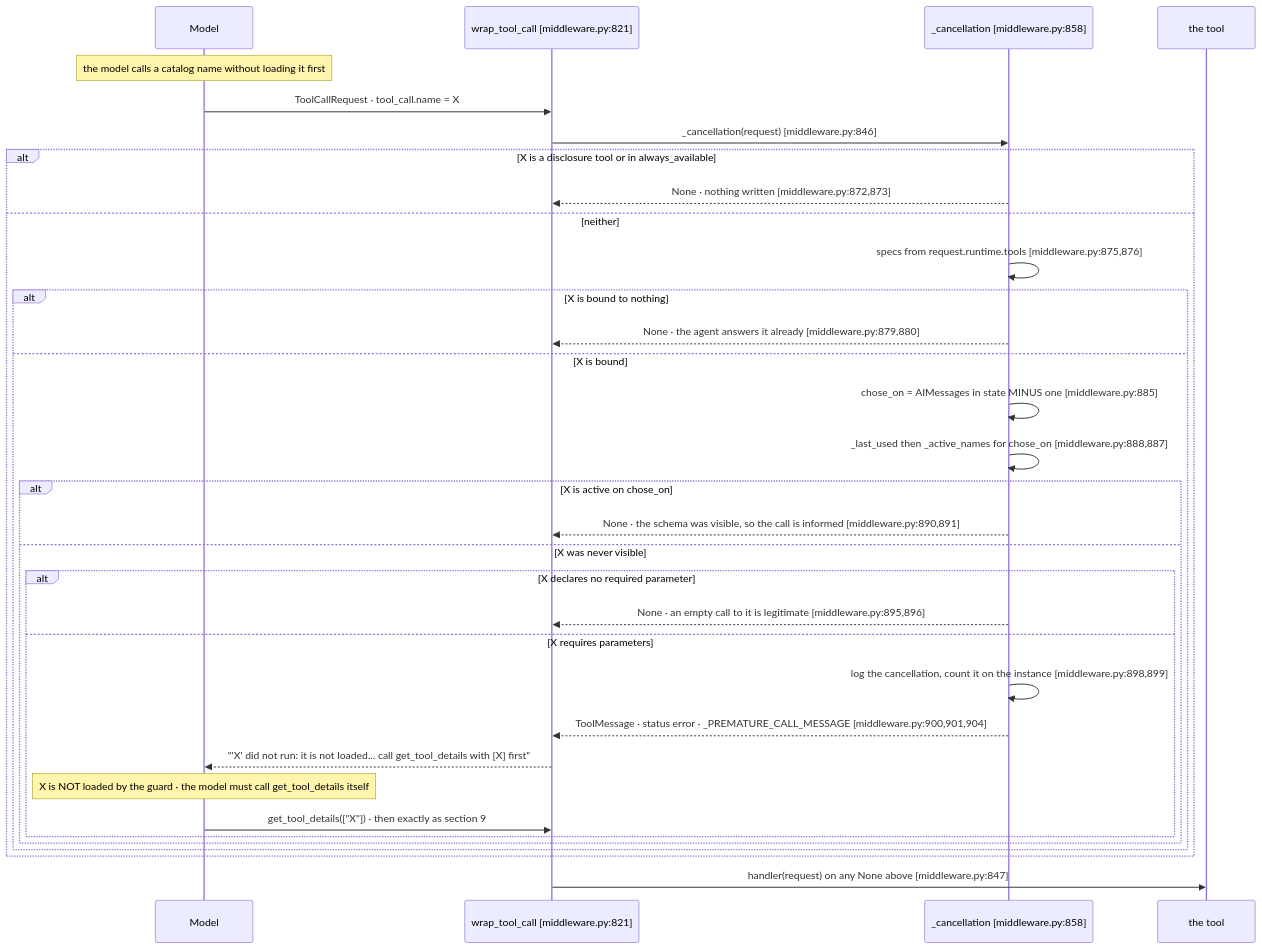
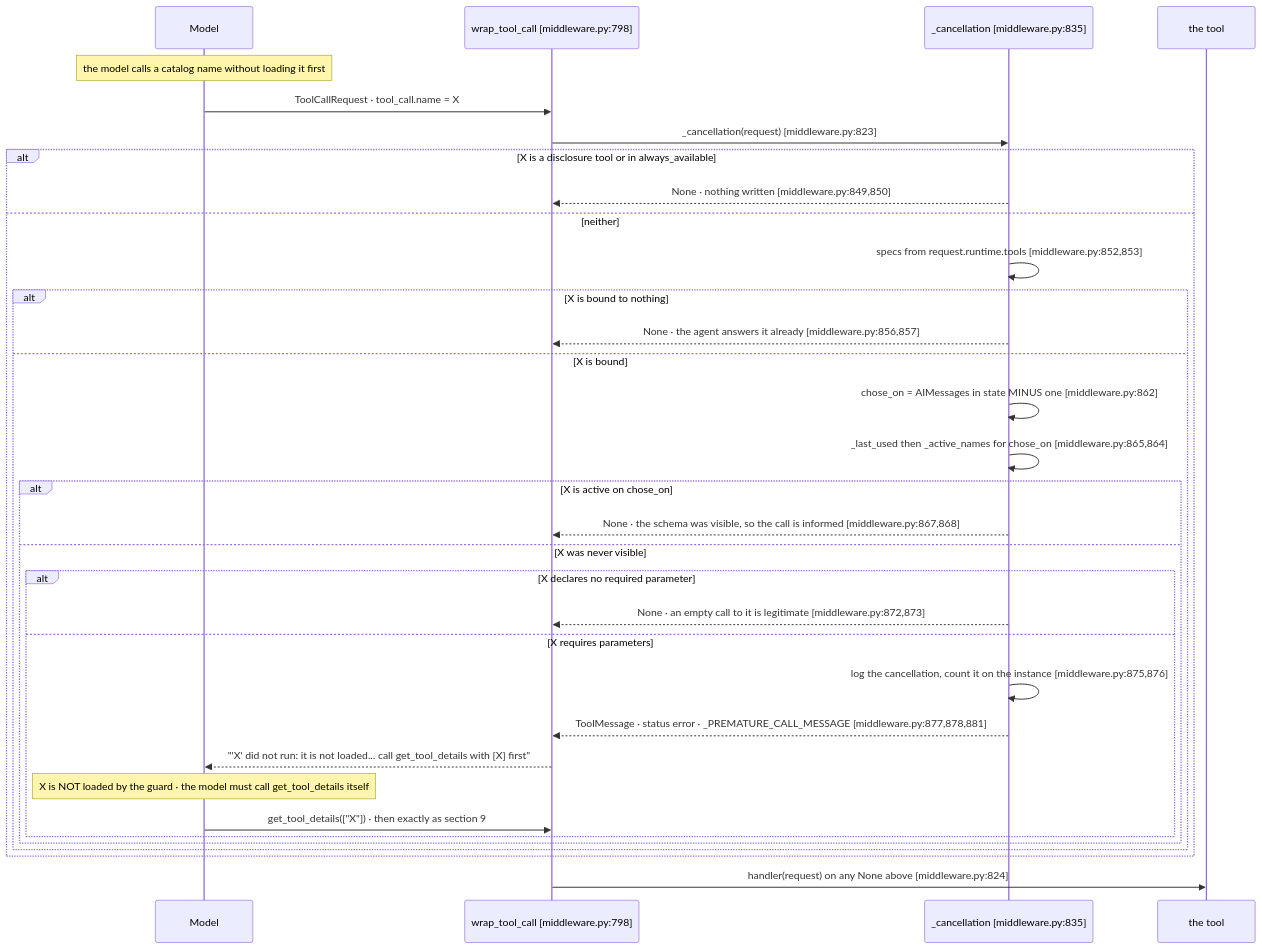
The sixth of 7 diagrams in docs/design/sequence/langgraph/sequence-b-disclosure.md (aws-samples/sample-context-engineering), drawn with Mermaid before and after one commit. The commit also changed other lines of this file and 3 other files, not shown here.

First line of the commit message:
docs(langgraph): re-point the sequence-doc refs this branch moved

````diff
--- a/docs/design/sequence/langgraph/sequence-b-disclosure.md
+++ b/docs/design/sequence/langgraph/sequence-b-disclosure.md
@@ -765,36 +765,36 @@
 ```mermaid
 sequenceDiagram
     participant Model
-    participant WTC as wrap_tool_call [middleware.py:821]
-    participant Cancel as _cancellation [middleware.py:858]
+    participant WTC as wrap_tool_call [middleware.py:798]
+    participant Cancel as _cancellation [middleware.py:835]
     participant Handler as the tool
 
     Note over Model: the model calls a catalog name without loading it first
     Model->>WTC: ToolCallRequest · tool_call.name = X
-    WTC->>Cancel: _cancellation(request) [middleware.py:846]
+    WTC->>Cancel: _cancellation(request) [middleware.py:823]
     alt X is a disclosure tool or in always_available
-        Cancel-->>WTC: None · nothing written [middleware.py:872,873]
+        Cancel-->>WTC: None · nothing written [middleware.py:849,850]
     else neither
-        Cancel->>Cancel: specs from request.runtime.tools [middleware.py:875,876]
+        Cancel->>Cancel: specs from request.runtime.tools [middleware.py:852,853]
         alt X is bound to nothing
-            Cancel-->>WTC: None · the agent answers it already [middleware.py:879,880]
+            Cancel-->>WTC: None · the agent answers it already [middleware.py:856,857]
         else X is bound
-            Cancel->>Cancel: chose_on = AIMessages in state MINUS one [middleware.py:885]
-            Cancel->>Cancel: _last_used then _active_names for chose_on [middleware.py:888,887]
+            Cancel->>Cancel: chose_on = AIMessages in state MINUS one [middleware.py:862]
+            Cancel->>Cancel: _last_used then _active_names for chose_on [middleware.py:865,864]
             alt X is active on chose_on
-                Cancel-->>WTC: None · the schema was visible, so the call is informed [middleware.py:890,891]
+                Cancel-->>WTC: None · the schema was visible, so the call is informed [middleware.py:867,868]
             else X was never visible
                 alt X declares no required parameter
-                    Cancel-->>WTC: None · an empty call to it is legitimate [middleware.py:895,896]
+                    Cancel-->>WTC: None · an empty call to it is legitimate [middleware.py:872,873]
                 else X requires parameters
-                    Cancel->>Cancel: log the cancellation, count it on the instance [middleware.py:898,899]
-                    Cancel-->>WTC: ToolMessage · status error · _PREMATURE_CALL_MESSAGE [middleware.py:900,901,904]
+                    Cancel->>Cancel: log the cancellation, count it on the instance [middleware.py:875,876]
+                    Cancel-->>WTC: ToolMessage · status error · _PREMATURE_CALL_MESSAGE [middleware.py:877,878,881]
                     WTC-->>Model: "'X' did not run: it is not loaded... call get_tool_details with [X] first"
                     Note over Model: X is NOT loaded by the guard · the model must call get_tool_details itself
                     Model->>WTC: get_tool_details(["X"]) · then exactly as section 9
                 end
             end
         end
     end
-    WTC->>Handler: handler(request) on any None above [middleware.py:847]
+    WTC->>Handler: handler(request) on any None above [middleware.py:824]
 ```
````
